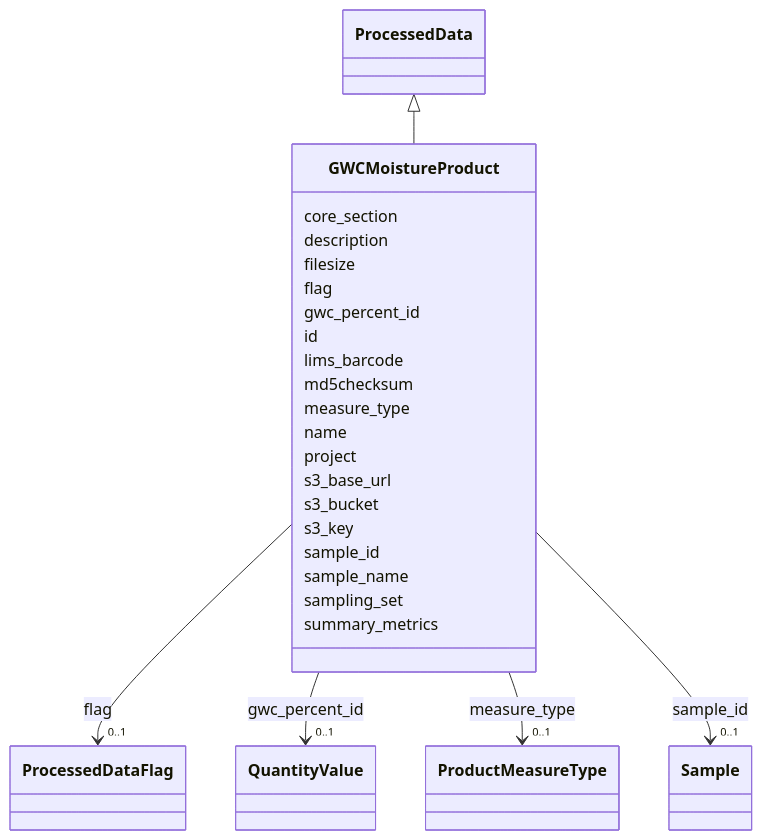
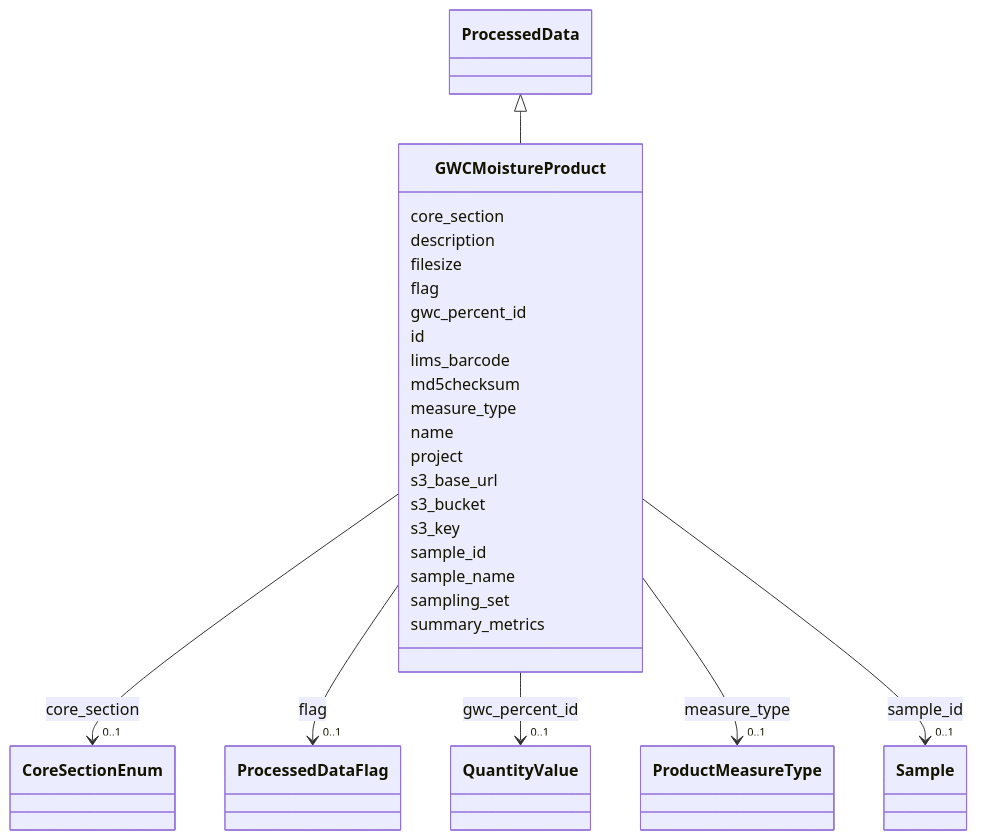
One commit to EMSL-Computing/BASALT-Schema changed the diagram in docs/elements/GWCMoistureProduct.md. Above: the diagram before and after it, drawn with Mermaid. The commit also changed other lines of this file and 388 other files, not shown here.

```diff
--- a/docs/elements/GWCMoistureProduct.md
+++ b/docs/elements/GWCMoistureProduct.md
@@ -19,6 +19,16 @@
         click ProcessedData href "../ProcessedData"
       
       GWCMoistureProduct : core_section
+        
+          
+    
+    
+    
+    
+    GWCMoistureProduct --> "0..1" CoreSectionEnum : core_section
+    click CoreSectionEnum href "../CoreSectionEnum"
+    
+
         
       GWCMoistureProduct : description
         
```
